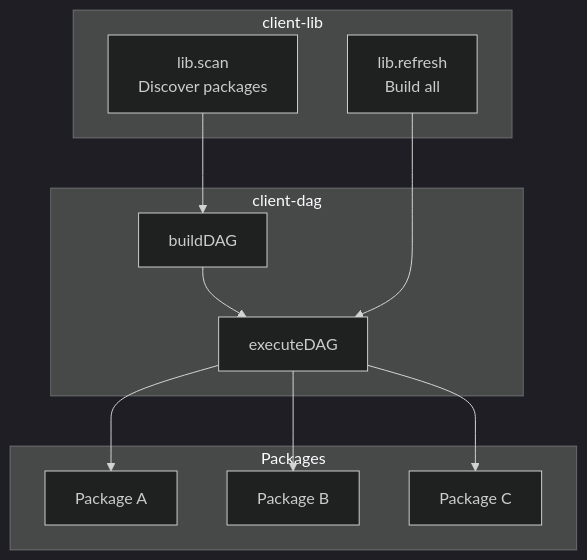
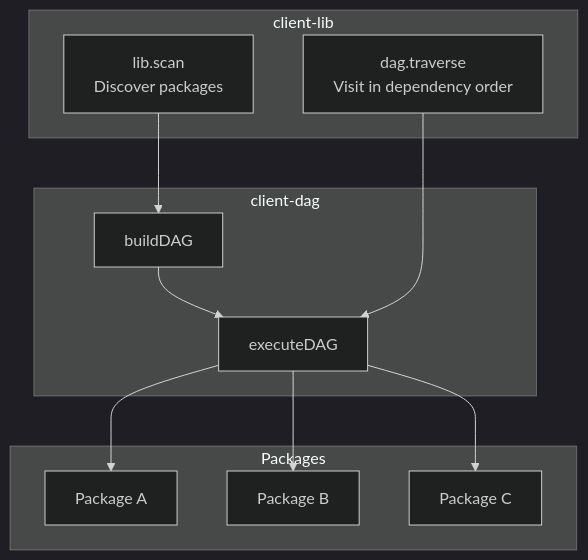
The sixth of 6 diagrams in packages/client-dag/README.md (mark1russell7/client), drawn with Mermaid (dark theme) before and after one commit. The commit also changed other lines of this file and 28 other files, not shown here.

````diff
--- a/packages/client-dag/README.md
+++ b/packages/client-dag/README.md
@@ -440,25 +440,25 @@
 ```mermaid
 graph TB
     subgraph "client-lib"
         Scan[lib.scan<br/>Discover packages]
-        Refresh[lib.refresh<br/>Build all]
+        Traverse[dag.traverse<br/>Visit in dependency order]
     end
 
     subgraph "client-dag"
         Build[buildDAG]
         Execute[executeDAG]
     end
 
     subgraph "Packages"
         P1[Package A]
         P2[Package B]
         P3[Package C]
     end
 
     Scan --> Build
     Build --> Execute
-    Refresh --> Execute
+    Traverse --> Execute
     Execute --> P1
     Execute --> P2
     Execute --> P3
 ```
````
